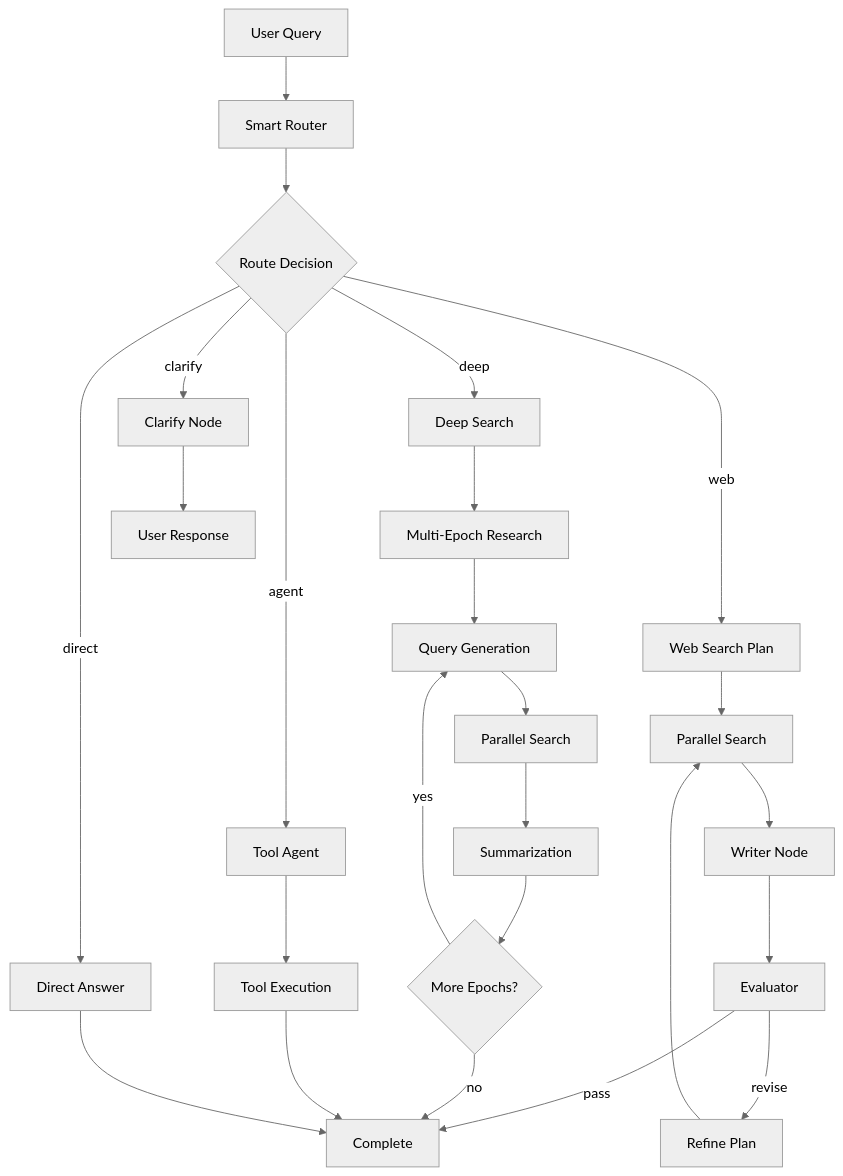
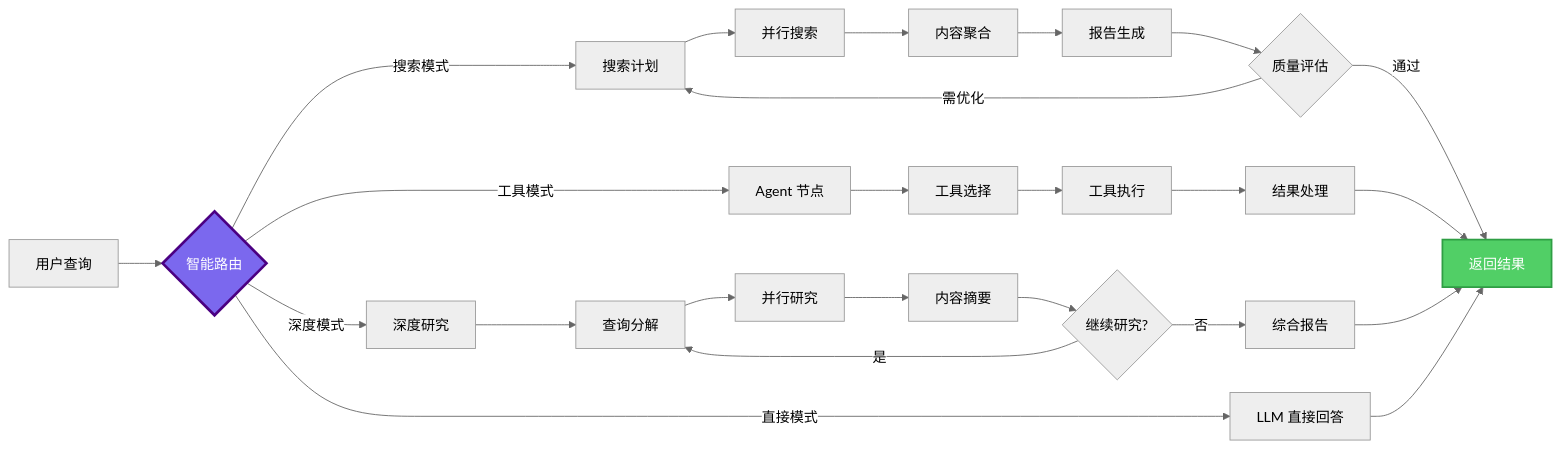
Before and after one commit to skygazer42/Weaver: the second of 2 diagrams in README.md, drawn with Mermaid (neutral theme). The commit also changed other lines of this file and 2 other files, not shown here.

````diff
--- a/README.md
+++ b/README.md
@@ -262,31 +136,34 @@
 ```mermaid
-graph TD
-    A[User Query] --> B[Smart Router]
-    B --> C{Route Decision}
-    C -->|direct| D[Direct Answer]
-    C -->|web| E[Web Search Plan]
-    C -->|agent| F[Tool Agent]
-    C -->|deep| G[Deep Search]
-    C -->|clarify| H[Clarify Node]
-
-    E --> I[Parallel Search]
-    I --> J[Writer Node]
-    J --> K[Evaluator]
-    K -->|pass| L[Complete]
-    K -->|revise| M[Refine Plan]
-    M --> I
-
-    G --> N[Multi-Epoch Research]
-    N --> O[Query Generation]
-    O --> P[Parallel Search]
-    P --> Q[Summarization]
-    Q --> R{More Epochs?}
-    R -->|yes| O
-    R -->|no| L
-
-    F --> S[Tool Execution]
-    S --> L
-
-    D --> L
-    H --> T[User Response]
+graph LR
+    A[用户查询] --> B{智能路由}
+    
+    B -->|直接模式| C[LLM 直接回答]
+    B -->|搜索模式| D[搜索计划]
+    B -->|工具模式| E[Agent 节点]
+    B -->|深度模式| F[深度研究]
+    
+    D --> D1[并行搜索]
+    D1 --> D2[内容聚合]
+    D2 --> D3[报告生成]
+    D3 --> D4{质量评估}
+    D4 -->|通过| G[返回结果]
+    D4 -->|需优化| D
+    
+    E --> E1[工具选择]
+    E1 --> E2[工具执行]
+    E2 --> E3[结果处理]
+    E3 --> G
+    
+    F --> F1[查询分解]
+    F1 --> F2[并行研究]
+    F2 --> F3[内容摘要]
+    F3 --> F4{继续研究?}
+    F4 -->|是| F1
+    F4 -->|否| F5[综合报告]
+    F5 --> G
+    
+    C --> G
+    
+    style B fill:#7B68EE,stroke:#4B0082,stroke-width:3px,color:#fff
+    style G fill:#51CF66,stroke:#2F9E44,stroke-width:2px,color:#fff
 ```
````
